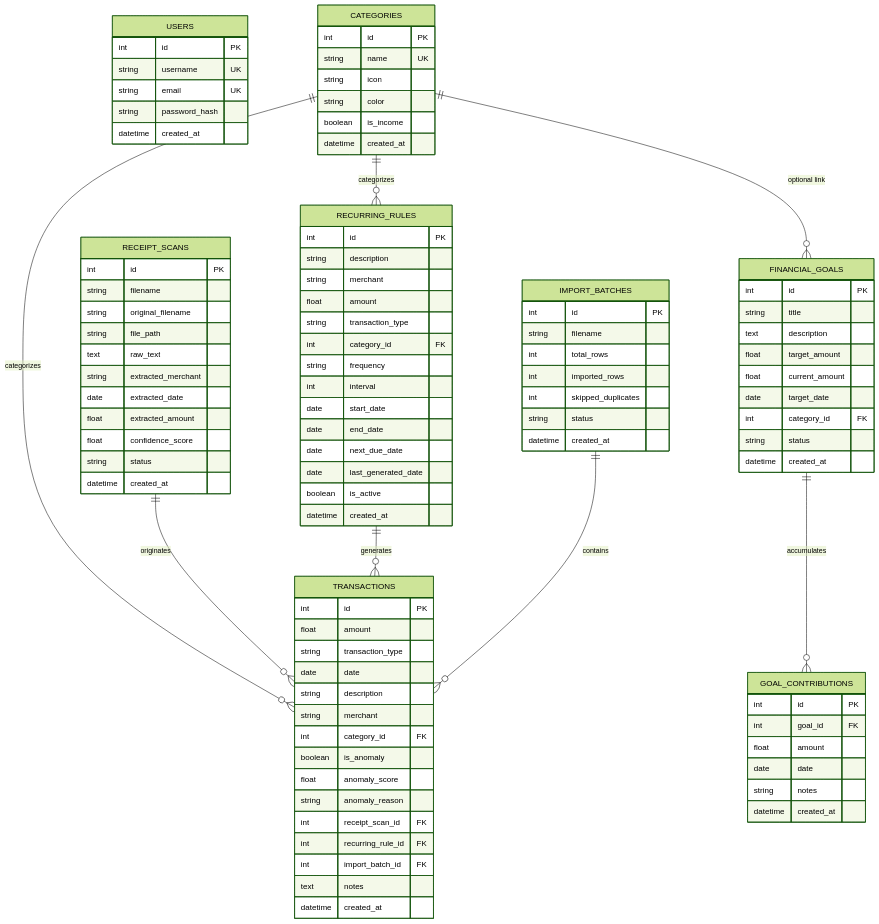
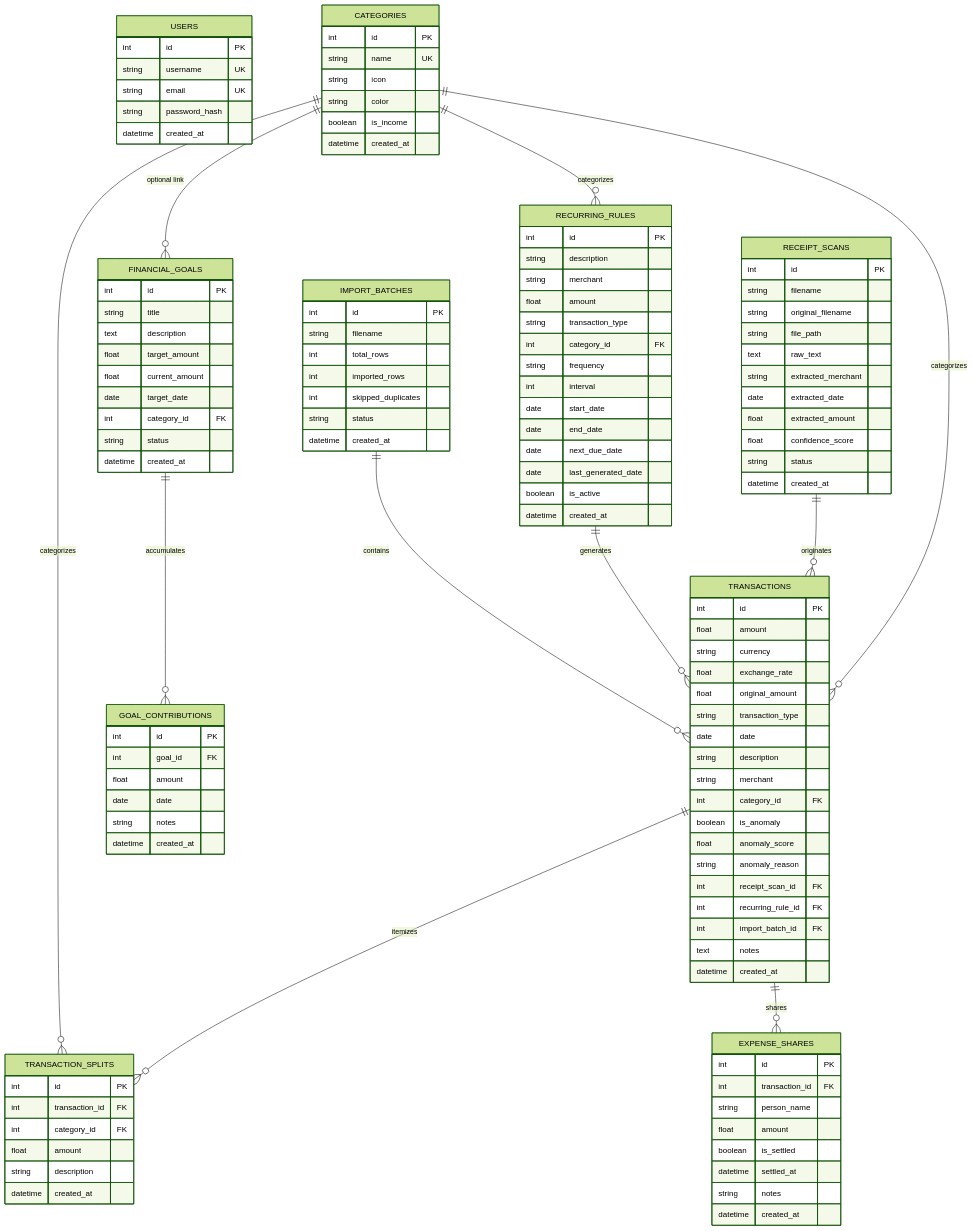
One commit to venkateshmalipatil222-oss/smart-expense-tracker changed the diagram in DATABASE_DESIGN.md. Above: the diagram before and after it, drawn with Mermaid (forest theme). The commit also changed other lines of this file and 29 other files, not shown here.

Commit message:
feat: complete all 5 advanced features (FX engine, cash flow ML forecast, AI copilot, PDF reports, itemized splits & group sharing)

```diff
--- a/DATABASE_DESIGN.md
+++ b/DATABASE_DESIGN.md
@@ -21,6 +21,9 @@
     IMPORT_BATCHES ||--o{ TRANSACTIONS : "contains"
 
     FINANCIAL_GOALS ||--o{ GOAL_CONTRIBUTIONS : "accumulates"
+    TRANSACTIONS ||--o{ TRANSACTION_SPLITS : "itemizes"
+    TRANSACTIONS ||--o{ EXPENSE_SHARES : "shares"
+    CATEGORIES ||--o{ TRANSACTION_SPLITS : "categorizes"
 
     CATEGORIES {
         int id PK
@@ -34,6 +37,9 @@
     TRANSACTIONS {
         int id PK
         float amount
+        string currency
+        float exchange_rate
+        float original_amount
         string transaction_type
         date date
         string description
@@ -46,6 +52,26 @@
         int recurring_rule_id FK
         int import_batch_id FK
         text notes
+        datetime created_at
+    }
+
+    TRANSACTION_SPLITS {
+        int id PK
+        int transaction_id FK
+        int category_id FK
+        float amount
+        string description
+        datetime created_at
+    }
+
+    EXPENSE_SHARES {
+        int id PK
+        int transaction_id FK
+        string person_name
+        float amount
+        boolean is_settled
+        datetime settled_at
+        string notes
         datetime created_at
     }
 
```
